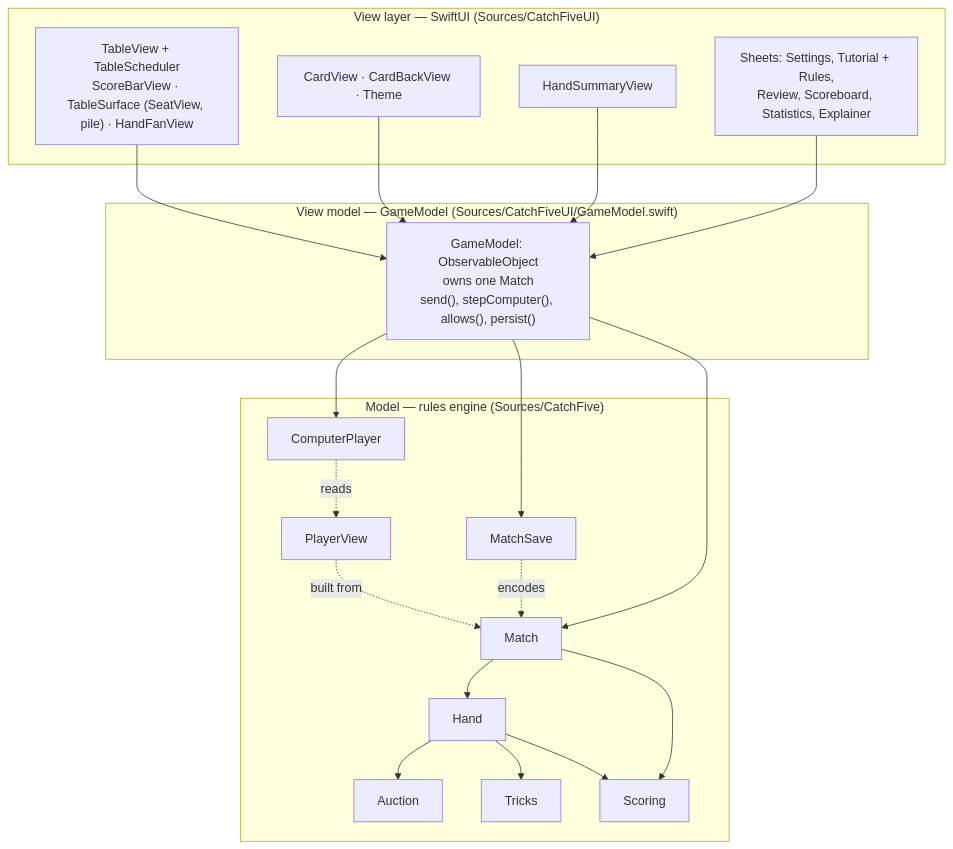
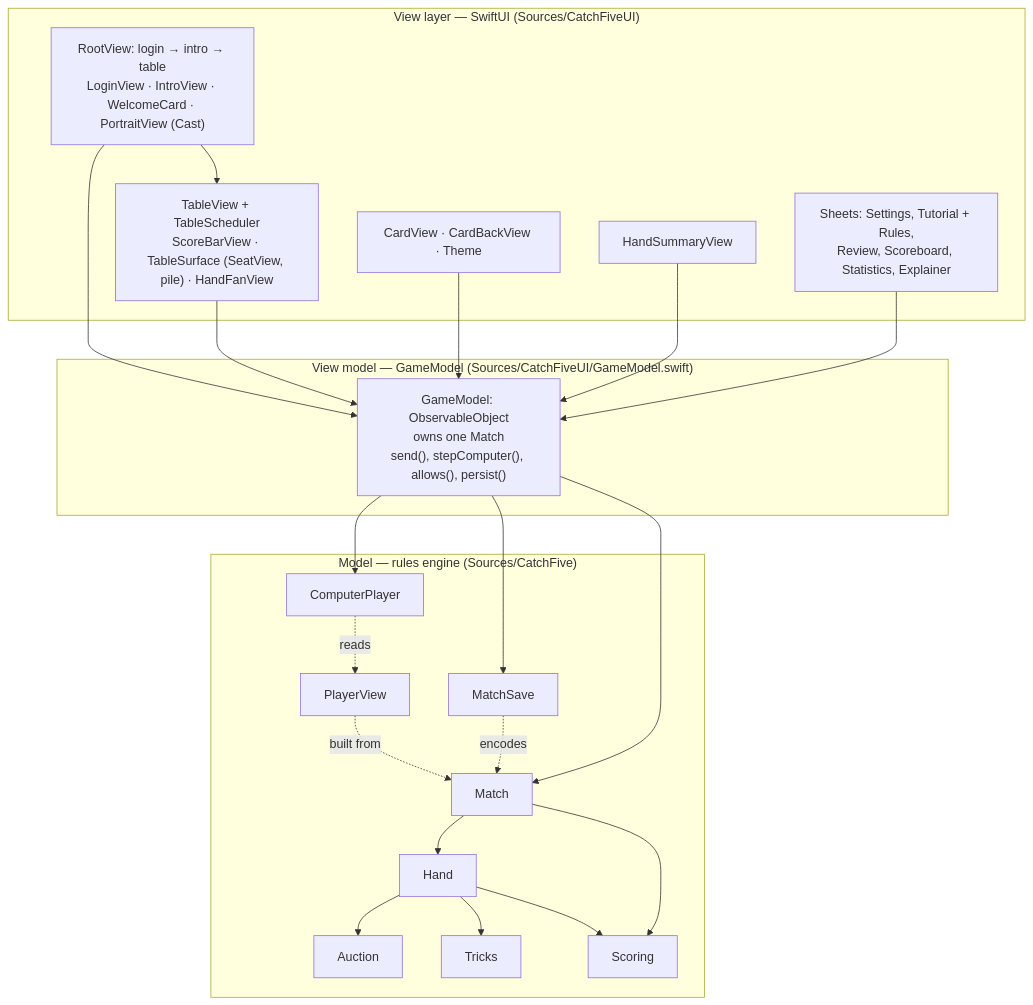
The first of 4 diagrams in docs/architecture.md (cmurphy1140/catch-5), drawn with Mermaid before and after one commit. The commit also changed other lines of this file and 36 other files, not shown here.

First line of the commit message:
Cast of characters, one-time sign-in, intro and welcome card (#22)

````diff
--- a/docs/architecture.md
+++ b/docs/architecture.md
@@ -5,29 +5,32 @@
 ```mermaid
 flowchart TB
     subgraph View["View layer — SwiftUI (Sources/CatchFiveUI)"]
+        RV["RootView: login → intro → table<br/>LoginView · IntroView · WelcomeCard · PortraitView (Cast)"]
         TV["TableView + TableScheduler<br/>ScoreBarView · TableSurface (SeatView, pile) · HandFanView"]
         CV["CardView · CardBackView · Theme"]
         HS[HandSummaryView]
         SH["Sheets: Settings, Tutorial + Rules,<br/>Review, Scoreboard, Statistics, Explainer"]
     end
     subgraph VM["View model — GameModel (Sources/CatchFiveUI/GameModel.swift)"]
         GM["GameModel: ObservableObject<br/>owns one Match<br/>send(), stepComputer(), allows(), persist()"]
     end
     subgraph Model["Model — rules engine (Sources/CatchFive)"]
         M[Match] --> H[Hand]
         H --> AU[Auction]
         H --> TR[Tricks]
         H --> SC[Scoring]
         M --> SC
         CP[ComputerPlayer] -. reads .-> PV[PlayerView]
         PV -. built from .-> M
         MS[MatchSave] -. encodes .-> M
     end
+    RV --> TV
+    RV --> GM
     TV --> GM
     CV --> GM
     HS --> GM
     SH --> GM
     GM --> M
     GM --> CP
     GM --> MS
 ```
````
